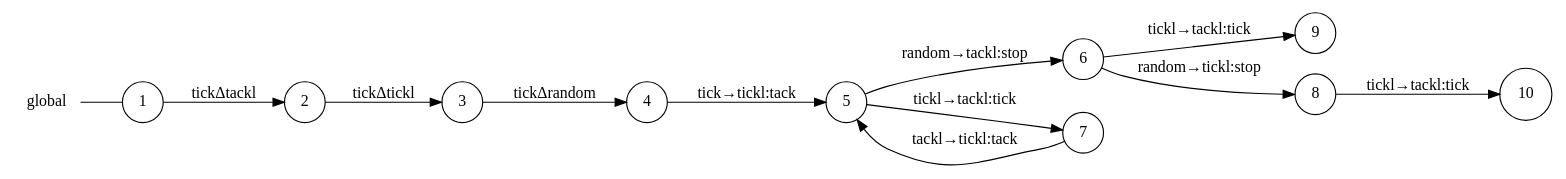
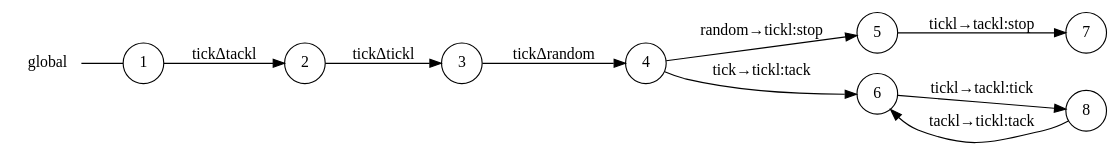
Before and after one commit to gabrielegenovese/chorer: the diagram in example/ticktack/tick_global_view.dot, drawn with Graphviz. The commit also changed 4 other files, not shown here.

```diff
--- a/example/ticktack/tick_global_view.dot
+++ b/example/ticktack/tick_global_view.dot
@@ -1,26 +1,22 @@
 digraph global {
 	rankdir="LR";
 	n_0 [label="global", shape="plaintext"];
 	n_1 [id="5", shape=circle, label="5"];
 	n_2 [id="6", shape=circle, label="6"];
-	n_3 [id="10", shape=circle, label="10"];
-	n_4 [id="1", shape=circle, label="1"];
-	n_0 -> n_4 [arrowhead=none];
-	n_5 [id="9", shape=circle, label="9"];
-	n_6 [id="2", shape=circle, label="2"];
-	n_7 [id="8", shape=circle, label="8"];
-	n_8 [id="4", shape=circle, label="4"];
-	n_9 [id="7", shape=circle, label="7"];
-	n_10 [id="3", shape=circle, label="3"];
+	n_3 [id="1", shape=circle, label="1"];
+	n_0 -> n_3 [arrowhead=none];
+	n_4 [id="2", shape=circle, label="2"];
+	n_5 [id="8", shape=circle, label="8"];
+	n_6 [id="4", shape=circle, label="4"];
+	n_7 [id="7", shape=circle, label="7"];
+	n_8 [id="3", shape=circle, label="3"];
 
-	n_6 -> n_10 [id="[$e|1]", label="tickΔtickl"];
-	n_8 -> n_1 [id="[$e|3]", label="tick→tickl:tack"];
-	n_2 -> n_7 [id="[$e|6]", label="random→tickl:stop"];
-	n_2 -> n_5 [id="[$e|7]", label="tickl→tackl:tick"];
-	n_1 -> n_9 [id="[$e|5]", label="tickl→tackl:tick"];
-	n_4 -> n_6 [id="[$e|0]", label="tickΔtackl"];
-	n_7 -> n_3 [id="[$e|8]", label="tickl→tackl:tick"];
-	n_1 -> n_2 [id="[$e|4]", label="random→tackl:stop"];
-	n_10 -> n_8 [id="[$e|2]", label="tickΔrandom"];
-	n_9 -> n_1 [id="[$e|9]", label="tackl→tickl:tack"];
+	n_4 -> n_8 [id="[$e|1]", label="tickΔtickl"];
+	n_6 -> n_1 [id="[$e|3]", label="random→tickl:stop"];
+	n_2 -> n_5 [id="[$e|6]", label="tickl→tackl:tick"];
+	n_5 -> n_2 [id="[$e|7]", label="tackl→tickl:tack"];
+	n_1 -> n_7 [id="[$e|5]", label="tickl→tackl:stop"];
+	n_3 -> n_4 [id="[$e|0]", label="tickΔtackl"];
+	n_6 -> n_2 [id="[$e|4]", label="tick→tickl:tack"];
+	n_8 -> n_6 [id="[$e|2]", label="tickΔrandom"];
 }
```
